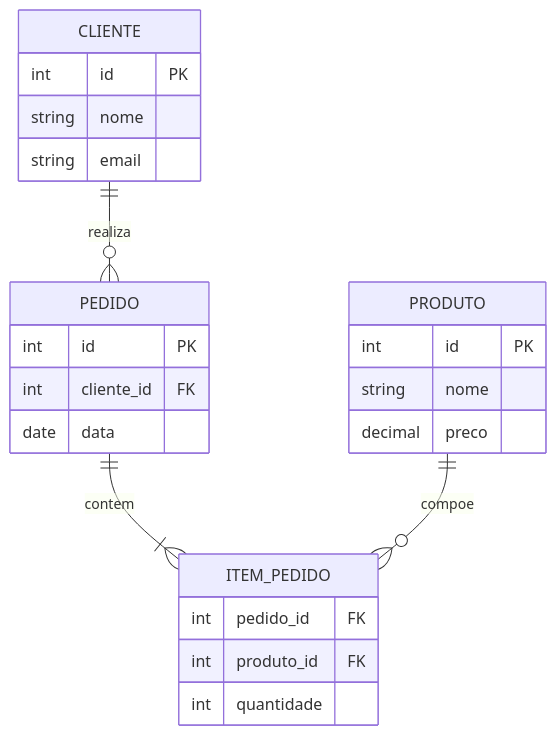
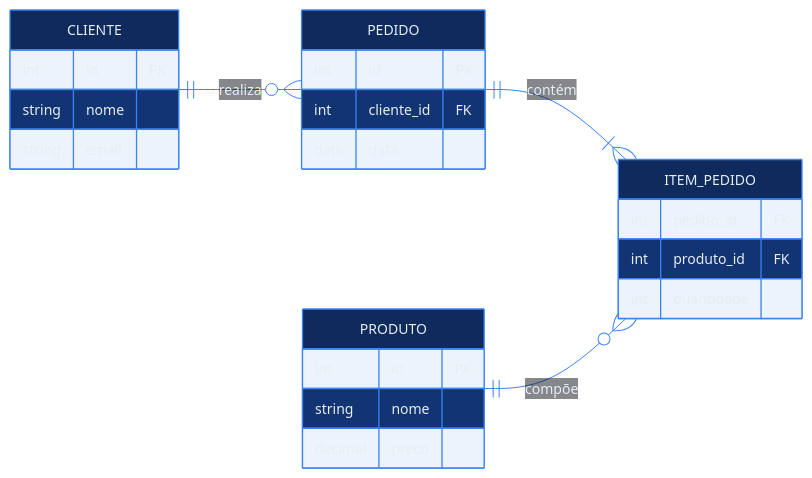
The diagram in README.md (diasantonio-dotcom/diasantonio-dotcom), drawn with Mermaid before and after one commit. The commit also changed other lines of this file, not shown here.

````diff
--- a/README.md
+++ b/README.md
@@ -43,27 +43,29 @@
 ```mermaid
+%%{init: {'theme':'base','themeVariables':{'primaryColor':'#0f2a5c','primaryTextColor':'#e6edf3','primaryBorderColor':'#3b82f6','lineColor':'#3b82f6','secondaryColor':'#0b1f45','tertiaryColor':'#0d1117','attributeBackgroundColorOdd':'#0f2a5c','attributeBackgroundColorEven':'#0b1f45','fontFamily':'Segoe UI, sans-serif','fontSize':'14px'}}}%%
 erDiagram
+    direction LR
     CLIENTE ||--o{ PEDIDO : realiza
-    PEDIDO ||--|{ ITEM_PEDIDO : contem
-    PRODUTO ||--o{ ITEM_PEDIDO : compoe
+    PEDIDO ||--|{ ITEM_PEDIDO : contém
+    PRODUTO ||--o{ ITEM_PEDIDO : compõe
 
     CLIENTE {
         int id PK
         string nome
         string email
     }
     PEDIDO {
         int id PK
         int cliente_id FK
         date data
     }
+    ITEM_PEDIDO {
+        int pedido_id FK
+        int produto_id FK
+        int quantidade
+    }
     PRODUTO {
         int id PK
         string nome
         decimal preco
     }
-    ITEM_PEDIDO {
-        int pedido_id FK
-        int produto_id FK
-        int quantidade
-    }
 ```
````
